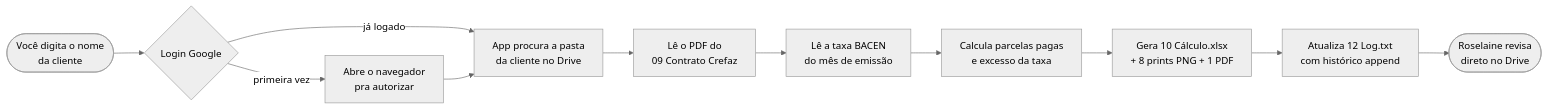
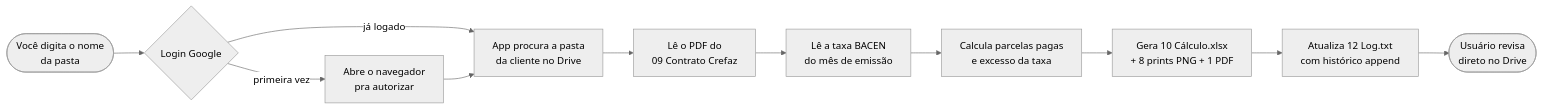
One commit to adventurelabsbrasil/revcalc changed the diagram in README.md. Above: the diagram before and after it, drawn with Mermaid (neutral theme). The commit also changed other lines of this file and 3 other files, not shown here.

````diff
--- a/README.md
+++ b/README.md
@@ -93,13 +93,13 @@
 ```mermaid
 flowchart LR
-    A([Você digita o nome<br/>da cliente]) --> B{Login Google}
+    A([Você digita o nome<br/>da pasta]) --> B{Login Google}
     B -->|primeira vez| C[Abre o navegador<br/>pra autorizar]
     B -->|já logado| D
     C --> D[App procura a pasta<br/>da cliente no Drive]
     D --> E[Lê o PDF do<br/>09 Contrato Crefaz]
     E --> F[Lê a taxa BACEN<br/>do mês de emissão]
     F --> G[Calcula parcelas pagas<br/>e excesso da taxa]
     G --> H[Gera 10 Cálculo.xlsx<br/>+ 8 prints PNG + 1 PDF]
     H --> I[Atualiza 12 Log.txt<br/>com histórico append]
-    I --> J([Roselaine revisa<br/>direto no Drive])
+    I --> J([Usuário revisa<br/>direto no Drive])
 ```
````
